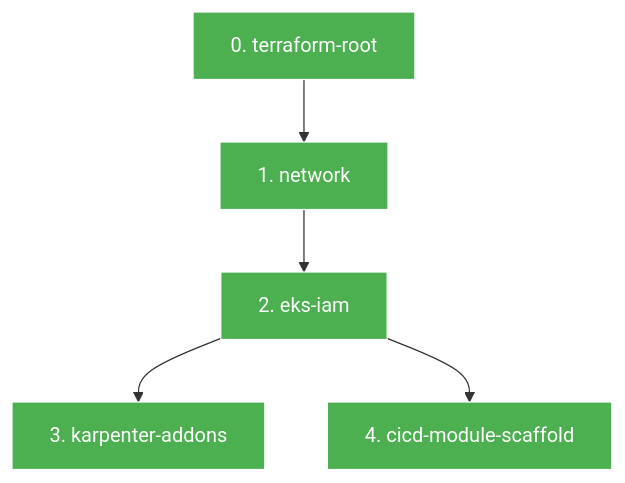
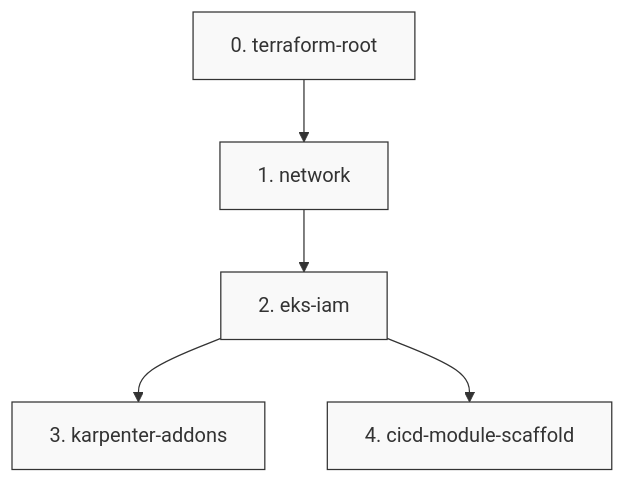
One commit to masondev1024/robot-data-pipeline changed the diagram in phases/0-setup/DAG.md. Above: the diagram before and after it, drawn with Mermaid.

Commit message:
feat(0-setup): step 0 — terraform-root

````diff
--- a/phases/0-setup/DAG.md
+++ b/phases/0-setup/DAG.md
@@ -3,21 +3,21 @@
 ```mermaid
 graph TD
   classDef completed fill:#4CAF50,stroke:#fff,color:#fff;
   classDef pending fill:#f9f9f9,stroke:#333;
   classDef error fill:#f44336,stroke:#fff,color:#fff;
   classDef blocked fill:#FF9800,stroke:#fff,color:#fff;
   S0["0. terraform-root"]
-  class S0 completed;
+  class S0 pending;
   S1["1. network"]
-  class S1 completed;
+  class S1 pending;
   S0 --> S1
   S2["2. eks-iam"]
-  class S2 completed;
+  class S2 pending;
   S1 --> S2
   S3["3. karpenter-addons"]
-  class S3 completed;
+  class S3 pending;
   S2 --> S3
   S4["4. cicd-module-scaffold"]
-  class S4 completed;
+  class S4 pending;
   S2 --> S4
 ```
````
